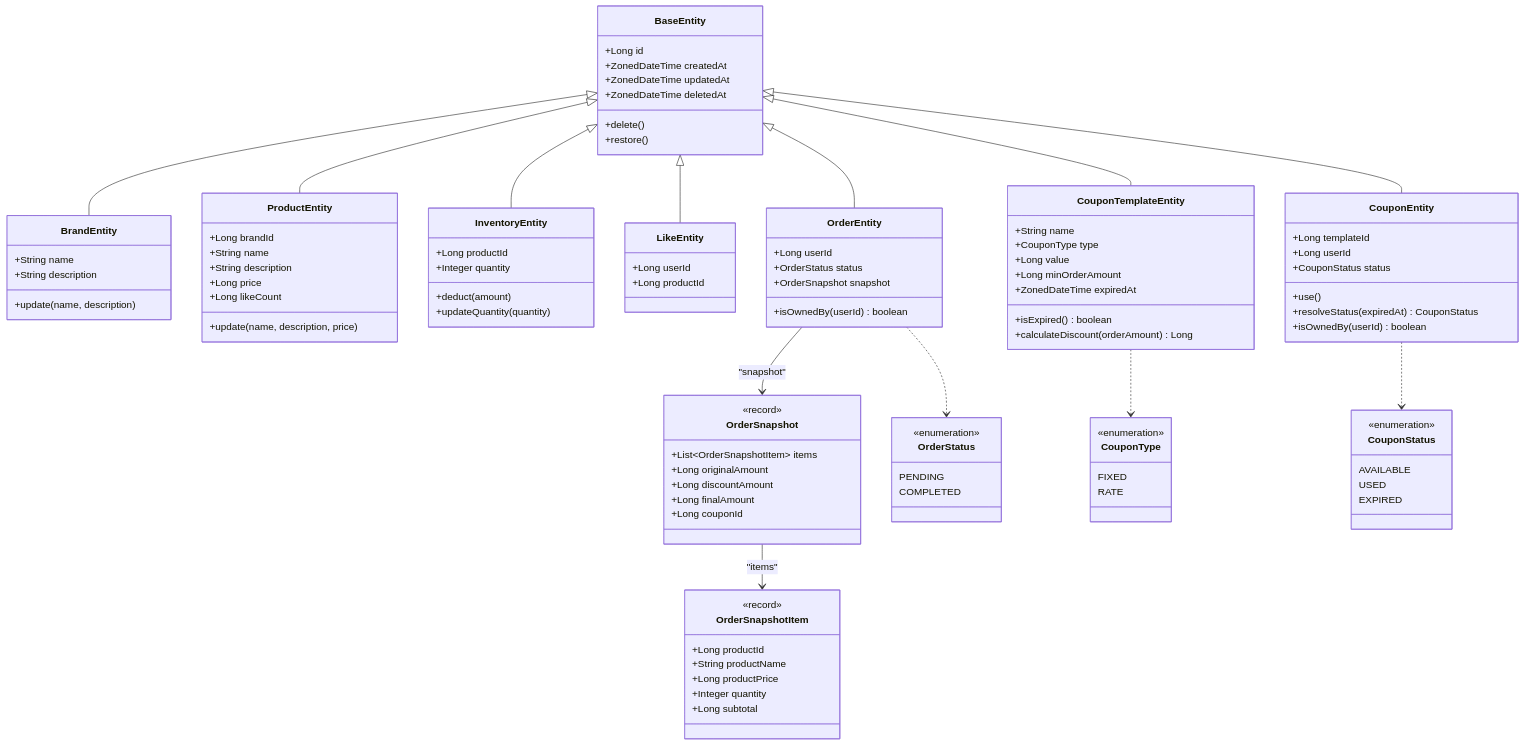
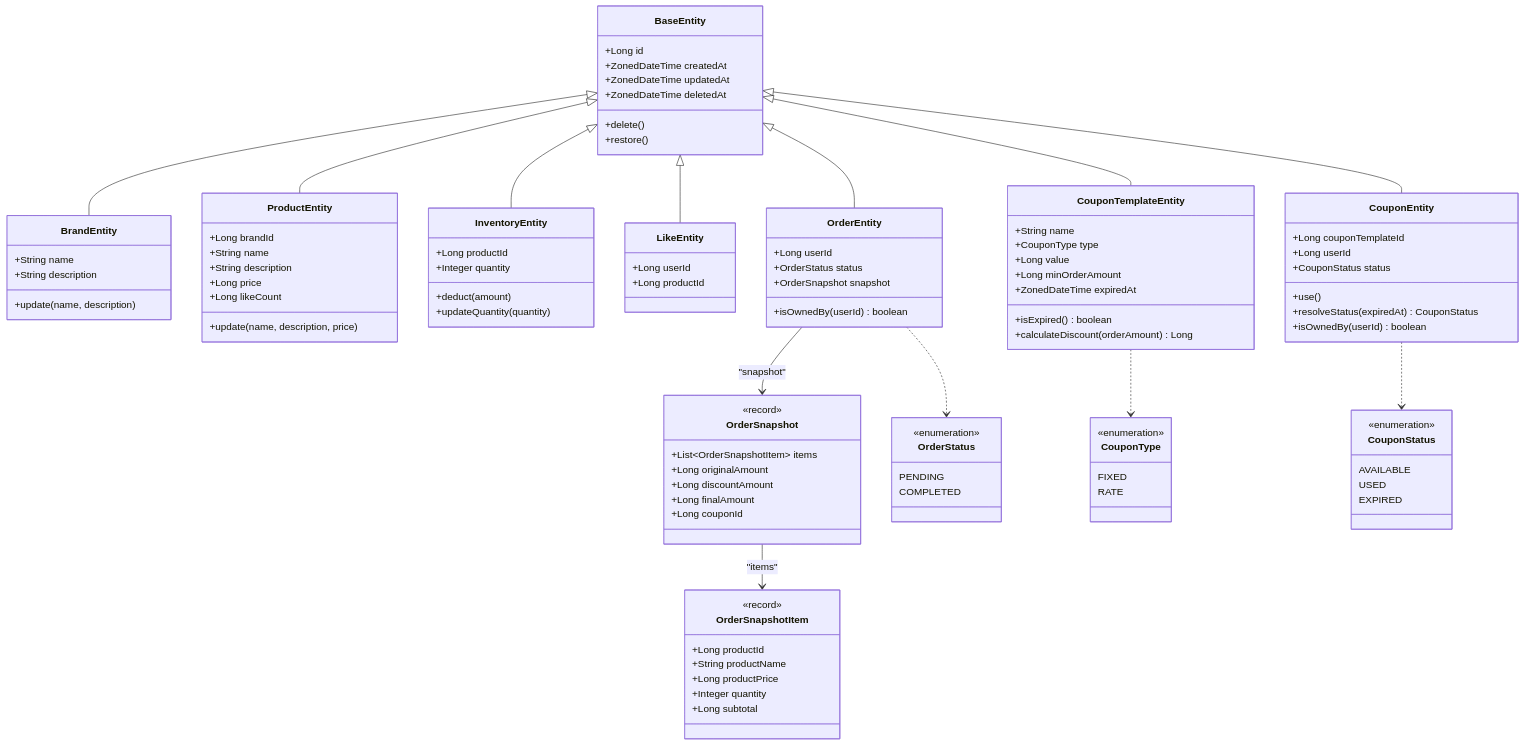
The diagram in docs/03-class-diagram.md (Hangju0610/loop-pack-be-l2-vol4-java), drawn with Mermaid before and after one commit. The commit also changed 3 other files, not shown here.

```diff
--- a/docs/03-class-diagram.md
+++ b/docs/03-class-diagram.md
@@ -82,7 +82,7 @@
     }
 
     class CouponEntity {
-        +Long templateId
+        +Long couponTemplateId
         +Long userId
         +CouponStatus status
         +use()
```
